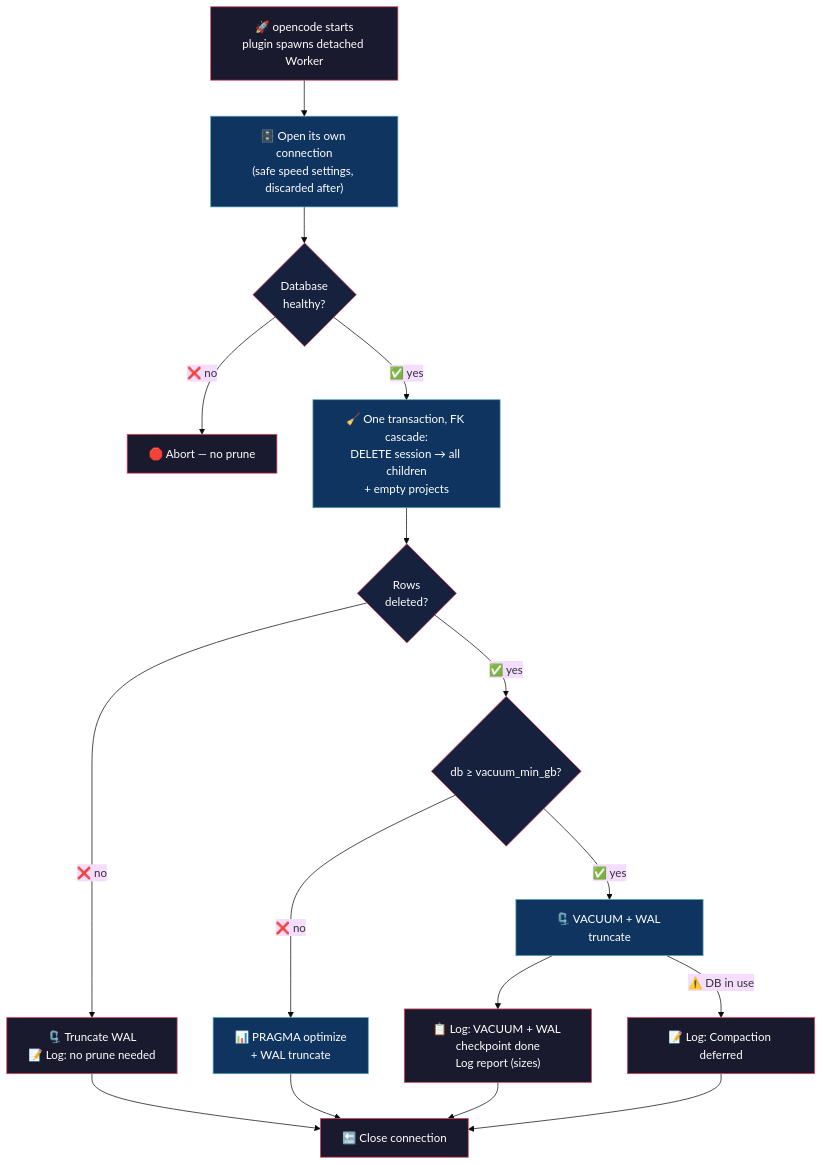
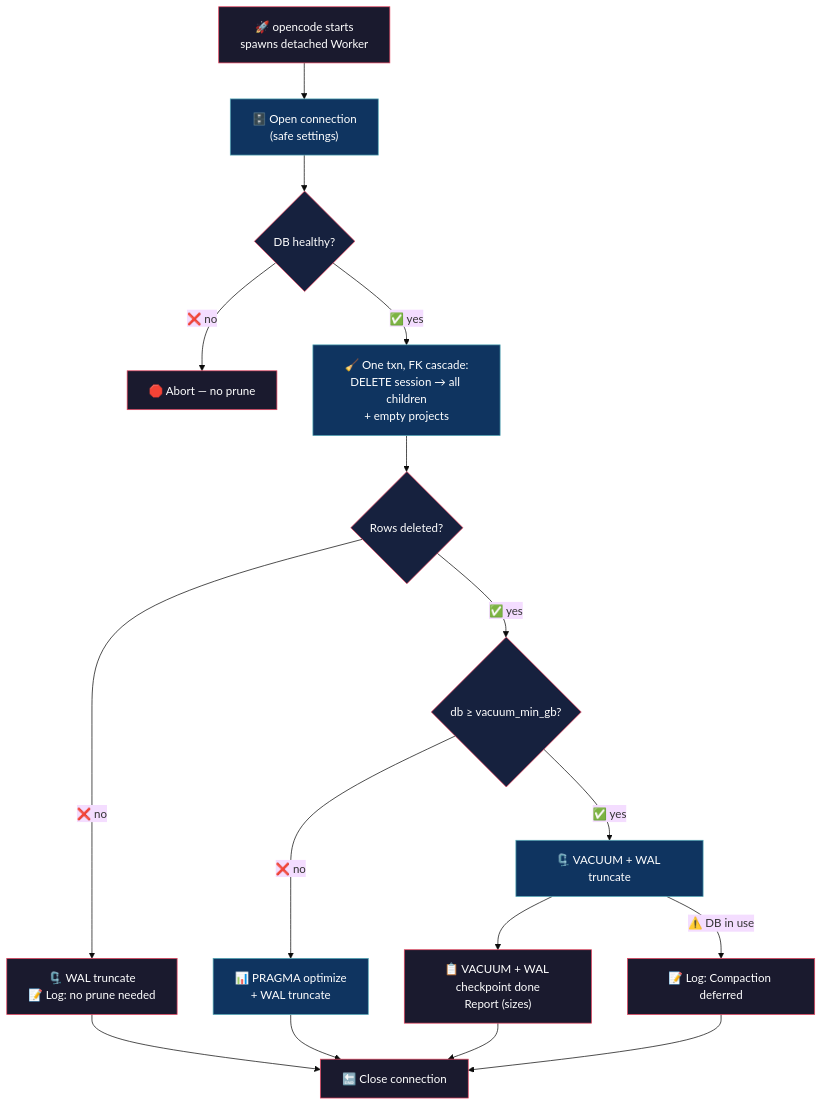
One commit to alejo54dev/opencode-db-prunetor changed the diagram in README.md. Above: the diagram before and after it, drawn with Mermaid (base theme).

Commit message:
Docs: compact mermaid flow horizontally (shorter labels)

````diff
--- a/README.md
+++ b/README.md
@@ -31,33 +31,33 @@
 ```mermaid
 flowchart TD
-    A["🚀 opencode starts<br/>plugin spawns detached Worker"]
-    A --> B["🗄️ Open its own connection<br/>(safe speed settings, discarded after)"]
-    B --> C{"Database<br/>healthy?"}
+    A["🚀 opencode starts<br/>spawns detached Worker"]
+    A --> B["🗄️ Open connection<br/>(safe settings)"]
+    B --> C{"DB healthy?"}
     C -->|"❌ no"| Z["🛑 Abort — no prune"]
-    C -->|"✅ yes"| G["🧹 One transaction, FK cascade:<br/>DELETE session → all children<br/>+ empty projects"]
-    G --> E{"Rows<br/>deleted?"}
-    E -->|"❌ no"| R["🗜️ Truncate WAL<br/>📝 Log: no prune needed"]
+    C -->|"✅ yes"| G["🧹 One txn, FK cascade:<br/>DELETE session → all children<br/>+ empty projects"]
+    G --> E{"Rows deleted?"}
+    E -->|"❌ no"| R["🗜️ WAL truncate<br/>📝 Log: no prune needed"]
     R --> K
     E -->|"✅ yes"| H{"db ≥ vacuum_min_gb?"}
     H -->|"❌ no"| O["📊 PRAGMA optimize<br/>+ WAL truncate"]
     H -->|"✅ yes"| M["🗜️ VACUUM + WAL truncate"]
-    M --> J["📋 Log: VACUUM + WAL checkpoint done<br/>Log report (sizes)"]
+    M --> J["📋 VACUUM + WAL checkpoint done<br/>Report (sizes)"]
     M -->|"⚠️ DB in use"| D["📝 Log: Compaction deferred"]
     O --> K
     J --> K["🔚 Close connection"]
     D --> K
 
     style A fill:#1a1a2e,stroke:#e94560,color:#fff
     style B fill:#0f3460,stroke:#53a8b6,color:#fff
     style C fill:#16213e,stroke:#e94560,color:#fff
     style E fill:#16213e,stroke:#e94560,color:#fff
     style G fill:#0f3460,stroke:#53a8b6,color:#fff
     style H fill:#16213e,stroke:#e94560,color:#fff
     style O fill:#0f3460,stroke:#53a8b6,color:#fff
     style M fill:#0f3460,stroke:#53a8b6,color:#fff
     style J fill:#1a1a2e,stroke:#e94560,color:#fff
     style D fill:#1a1a2e,stroke:#e94560,color:#fff
     style K fill:#1a1a2e,stroke:#e94560,color:#fff
     style R fill:#1a1a2e,stroke:#e94560,color:#fff
     style Z fill:#1a1a2e,stroke:#e94560,color:#fff
 ```
````
